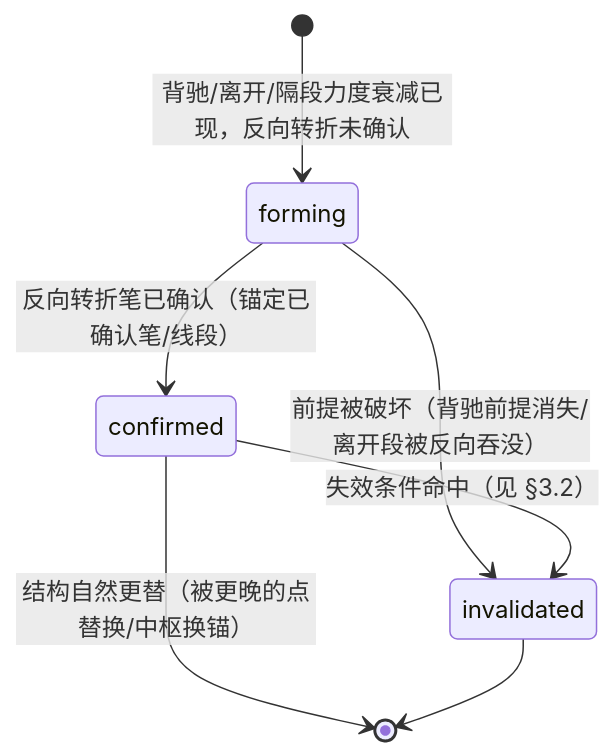
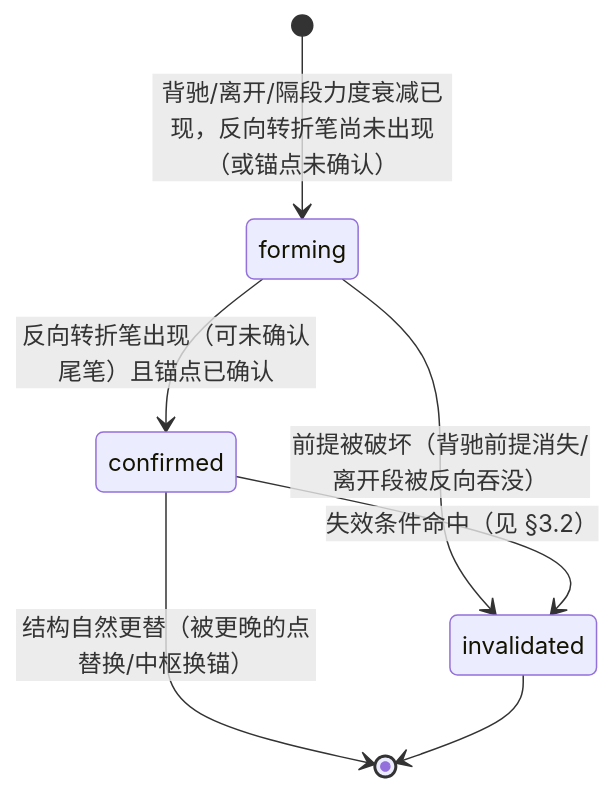
One commit to sinbawang/stock changed the diagram in docs/chanlun/signal-realtime-lifecycle-design.md. Above: the diagram before and after it, drawn with Mermaid. The commit also changed other lines of this file and 5 other files, not shown here.

````diff
--- a/docs/chanlun/signal-realtime-lifecycle-design.md
+++ b/docs/chanlun/signal-realtime-lifecycle-design.md
@@ -31,9 +31,9 @@
 ```mermaid
 stateDiagram-v2
-    [*] --> forming: 背驰/离开/隔段力度衰减已现，反向转折未确认
-    forming --> confirmed: 反向转折笔已确认（锚定已确认笔/线段）
+    [*] --> forming: 背驰/离开/隔段力度衰减已现，反向转折笔尚未出现（或锚点未确认）
+    forming --> confirmed: 反向转折笔出现（可未确认尾笔）且锚点已确认
     forming --> invalidated: 前提被破坏（背驰前提消失/离开段被反向吞没）
     confirmed --> invalidated: 失效条件命中（见 §3.2）
     confirmed --> [*]: 结构自然更替（被更晚的点替换/中枢换锚）
     invalidated --> [*]
 ```
````
